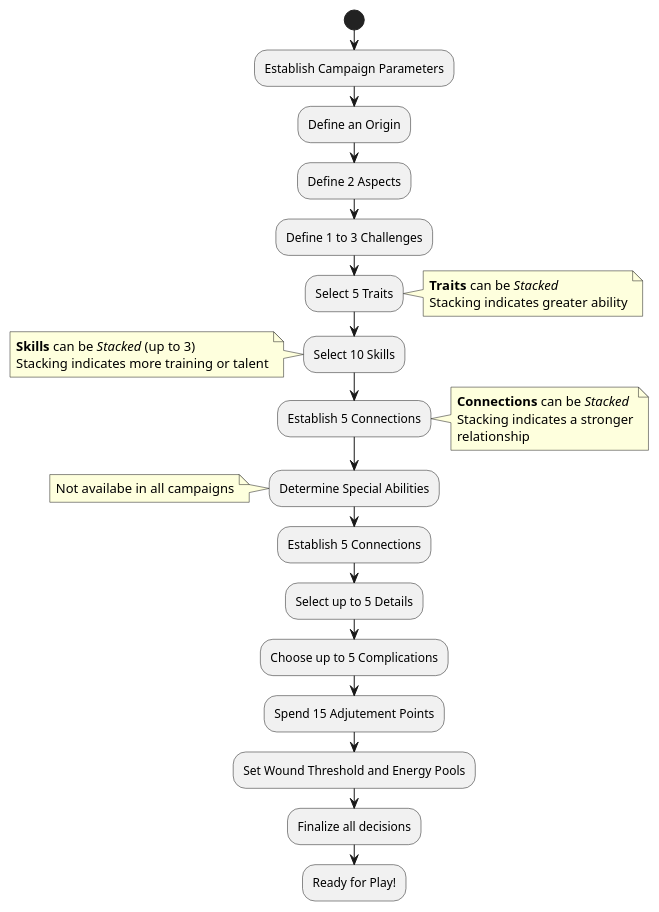
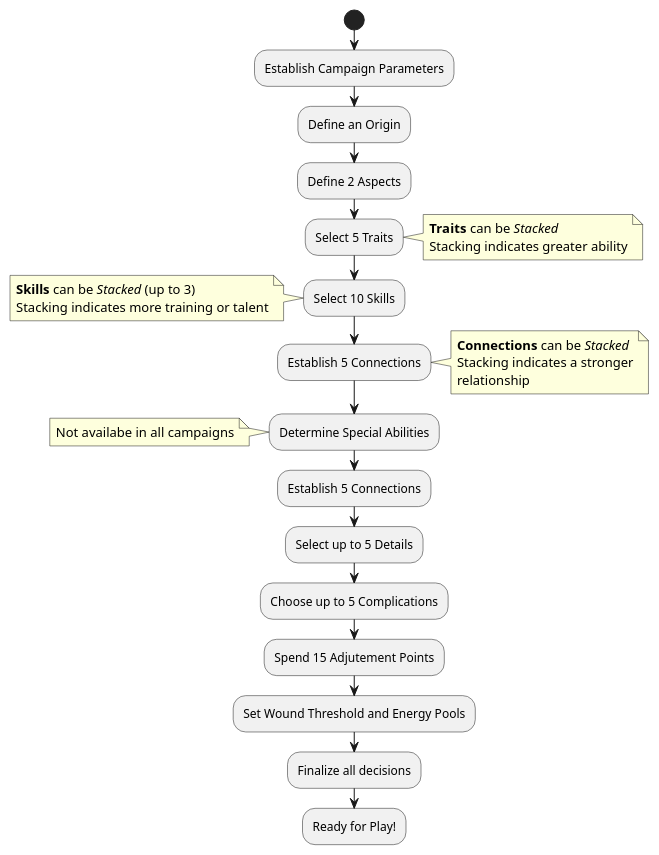
Before and after one commit to s-20/unnamed: the diagram in CCSummary.md, drawn with PlantUML. The commit also changed other lines of this file and 2 other files, not shown here.

````diff
--- a/CCSummary.md
+++ b/CCSummary.md
@@ -17,35 +16,34 @@
 ```plantuml
 @startuml
 start
 :Establish Campaign Parameters;
 :Define an Origin;
 :Define 2 Aspects;
-:Define 1 to 3 Challenges;
 :Select 5 Traits;
 note right
 <b>Traits</b> can be //Stacked//
 Stacking indicates greater ability
 end note
 :Select 10 Skills;
 note left
 <b>Skills</b> can be //Stacked// (up to 3)
 Stacking indicates more training or talent
 end note
 :Establish 5 Connections;
 note right
 <b>Connections</b> can be //Stacked//
 Stacking indicates a stronger
 relationship
 end note
 :Determine Special Abilities;
 note: Not availabe in all campaigns
 :Establish 5 Connections;
 :Select up to 5 Details;
 :Choose up to 5 Complications;
 :Spend 15 Adjutement Points;
 :Set Wound Threshold and Energy Pools;
 :Finalize all decisions;
 :Ready for Play!;
 @enduml
 stop
 ```
````
